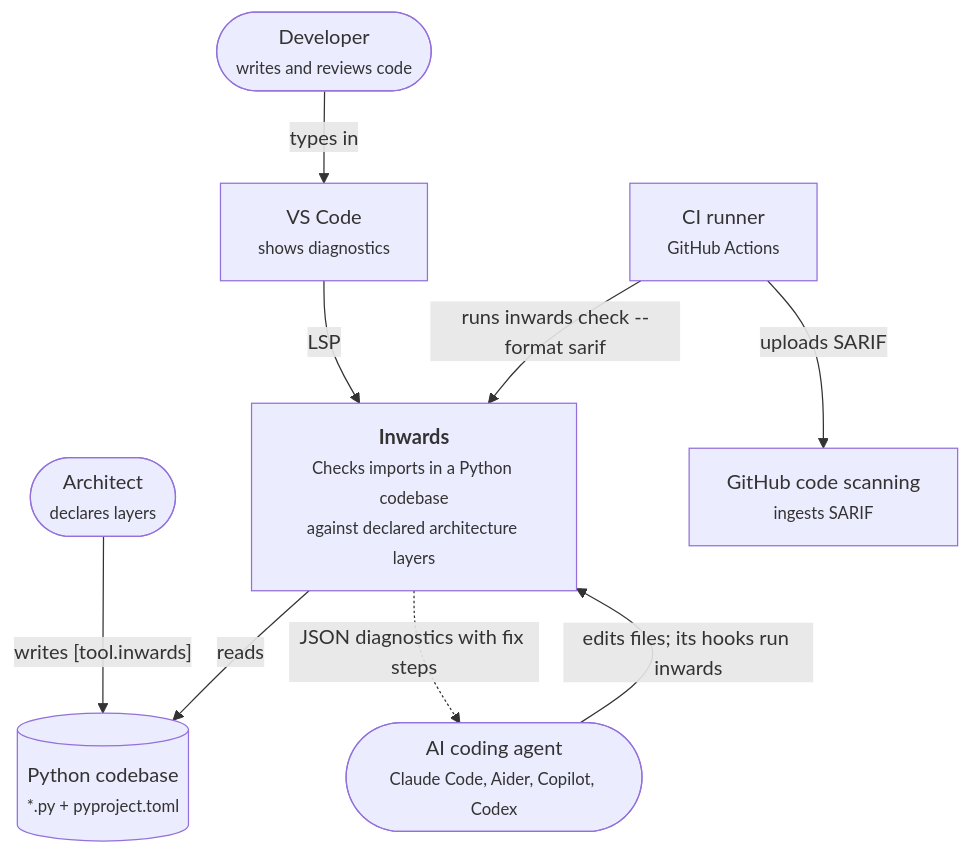
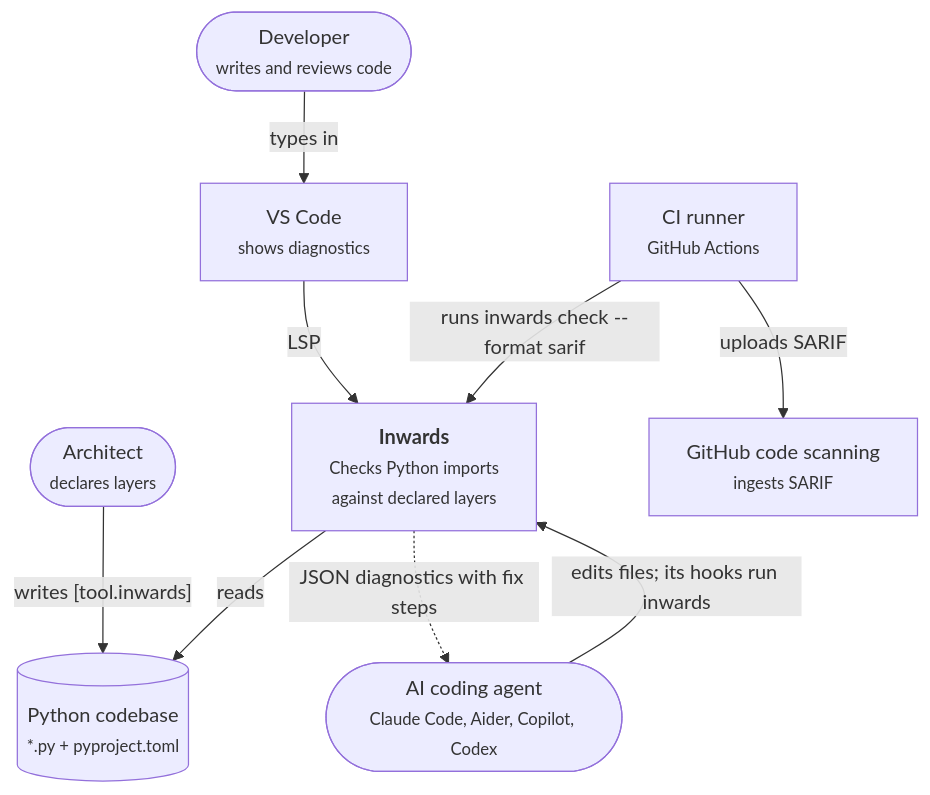
Before and after one commit to SirCypkowskyy/inwards: the first of 6 diagrams in docs/chapters/03-Architecture-C4.md, drawn with Mermaid. The commit also changed 5 other files, not shown here.

Commit message:
docs: second finish-review round: loop label size, caption, chart edge, C4 node text

````diff
--- a/docs/chapters/03-Architecture-C4.md
+++ b/docs/chapters/03-Architecture-C4.md
@@ -12,23 +12,23 @@
 ```mermaid
 flowchart TB
     architect(["Architect<br/><small>declares layers</small>"])
     dev(["Developer<br/><small>writes and reviews code</small>"])
     agent(["AI coding agent<br/><small>Claude Code, Aider, Copilot, Codex</small>"])
 
-    inwards["<b>Inwards</b><br/><small>Checks imports in a Python codebase<br/>against declared architecture layers</small>"]
+    inwards["<b>Inwards</b><br/><small>Checks Python imports<br/>against declared layers</small>"]
 
     repo[("Python codebase<br/><small>*.py + pyproject.toml</small>")]
     editor["VS Code<br/><small>shows diagnostics</small>"]
     ci["CI runner<br/><small>GitHub Actions</small>"]
     scanning["GitHub code scanning<br/><small>ingests SARIF</small>"]
 
     architect -- "writes [tool.inwards]" --> repo
     agent -- "edits files; its hooks run inwards" --> inwards
     dev -- "types in" --> editor
     editor -- "LSP" --> inwards
     ci -- "runs inwards check --format sarif" --> inwards
     inwards -- "reads" --> repo
     ci -- "uploads SARIF" --> scanning
     inwards -. "JSON diagnostics with fix steps" .-> agent
 
 ```
````
